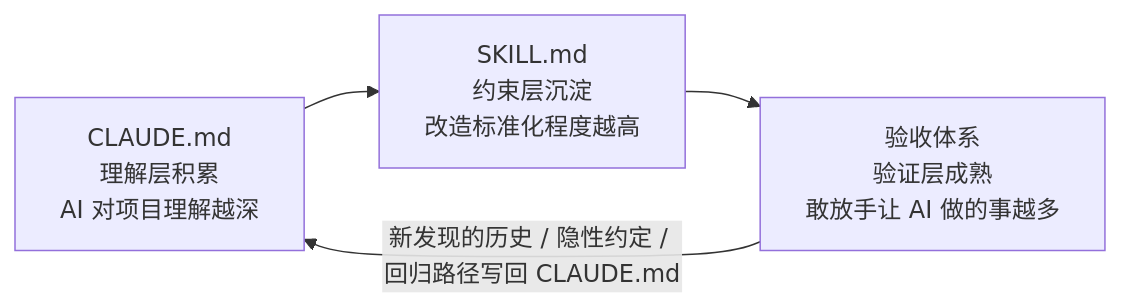
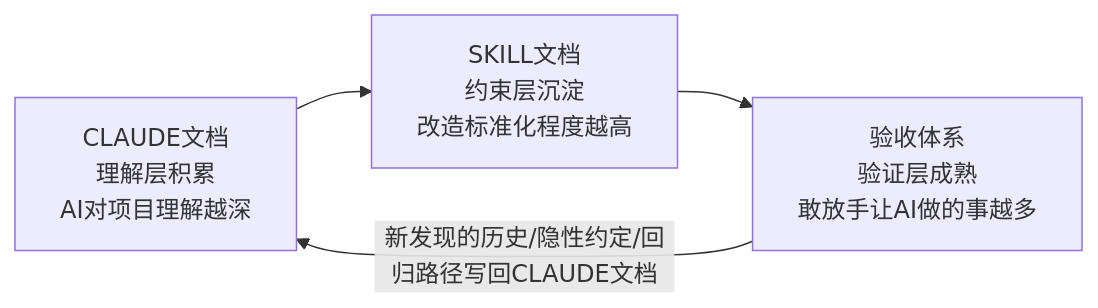
Before and after one commit to fangkun119/tech-page: the third of 3 diagrams in _posts/2026-07-04-aicmigr-00-opening-00-migration-intro.md, drawn with Mermaid. The commit also changed other lines of this file and 839 other files, not shown here.

````diff
--- a/_posts/2026-07-04-aicmigr-00-opening-00-migration-intro.md
+++ b/_posts/2026-07-04-aicmigr-00-opening-00-migration-intro.md
@@ -697,6 +610,6 @@
 ```mermaid
 flowchart LR
-    A["CLAUDE.md<br/>理解层积累<br/>AI 对项目理解越深"] --> B["SKILL.md<br/>约束层沉淀<br/>改造标准化程度越高"]
-    B --> C["验收体系<br/>验证层成熟<br/>敢放手让 AI 做的事越多"]
-    C -->|新发现的历史 / 隐性约定 / 回归路径写回 CLAUDE.md| A
+    A["CLAUDE文档<br/>理解层积累<br/>AI对项目理解越深"] --> B["SKILL文档<br/>约束层沉淀<br/>改造标准化程度越高"]
+    B --> C["验收体系<br/>验证层成熟<br/>敢放手让AI做的事越多"]
+    C -->|新发现的历史/隐性约定/回归路径写回CLAUDE文档| A
 ```
````
